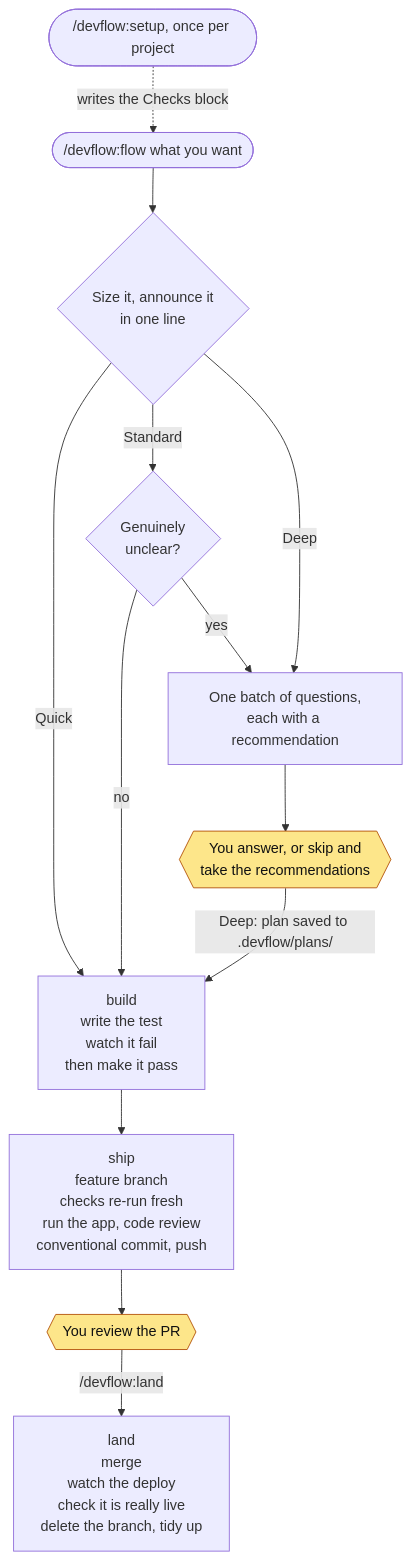
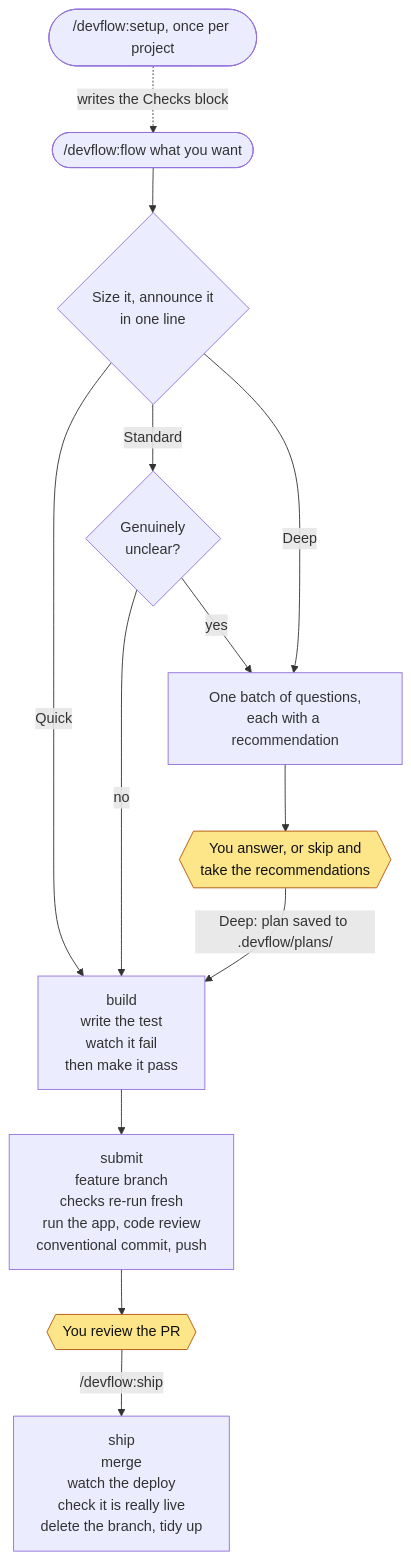
The diagram in README.md (eddiechok/agent-devflow), drawn with Mermaid before and after one commit. The commit also changed other lines of this file and 12 other files, not shown here.

First line of the commit message:
refactor(skills)!: ship now merges and deploys; the PR step is submit

````diff
--- a/README.md
+++ b/README.md
@@ -80,21 +80,21 @@
 ```mermaid
 flowchart TD
     SETUP(["/devflow:setup, once per project"]) -.->|"writes the Checks block"| REQ
     REQ(["/devflow:flow what you want"]) --> SIZE{"Size it, announce it<br/>in one line"}
 
     SIZE -->|Quick| BUILD
     SIZE -->|Standard| CLEAR{"Genuinely<br/>unclear?"}
     SIZE -->|Deep| ASK
     CLEAR -->|no| BUILD
     CLEAR -->|yes| ASK
 
     ASK["One batch of questions,<br/>each with a recommendation"] --> YOU1{{"You answer, or skip and<br/>take the recommendations"}}
     YOU1 -->|"Deep: plan saved to .devflow/plans/"| BUILD
 
-    BUILD["build<br/>write the test<br/>watch it fail<br/>then make it pass"] --> SHIP["ship<br/>feature branch<br/>checks re-run fresh<br/>run the app, code review<br/>conventional commit, push"]
-    SHIP --> YOU2{{"You review the PR"}}
-    YOU2 -->|"/devflow:land"| LAND["land<br/>merge<br/>watch the deploy<br/>check it is really live<br/>delete the branch, tidy up"]
+    BUILD["build<br/>write the test<br/>watch it fail<br/>then make it pass"] --> SUBMIT["submit<br/>feature branch<br/>checks re-run fresh<br/>run the app, code review<br/>conventional commit, push"]
+    SUBMIT --> YOU2{{"You review the PR"}}
+    YOU2 -->|"/devflow:ship"| SHIP["ship<br/>merge<br/>watch the deploy<br/>check it is really live<br/>delete the branch, tidy up"]
 
     classDef human fill:#fde68a,stroke:#b45309,color:#111
     class YOU1,YOU2 human
 ```
````
